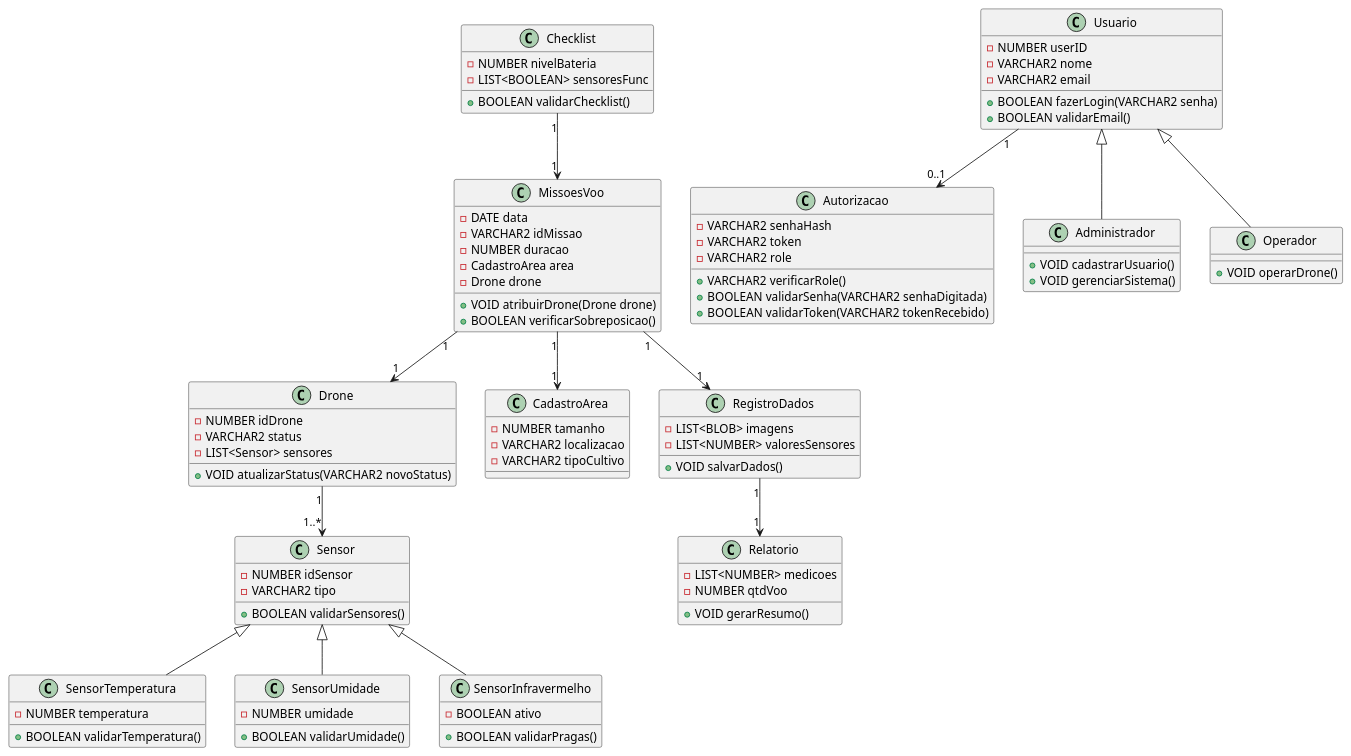
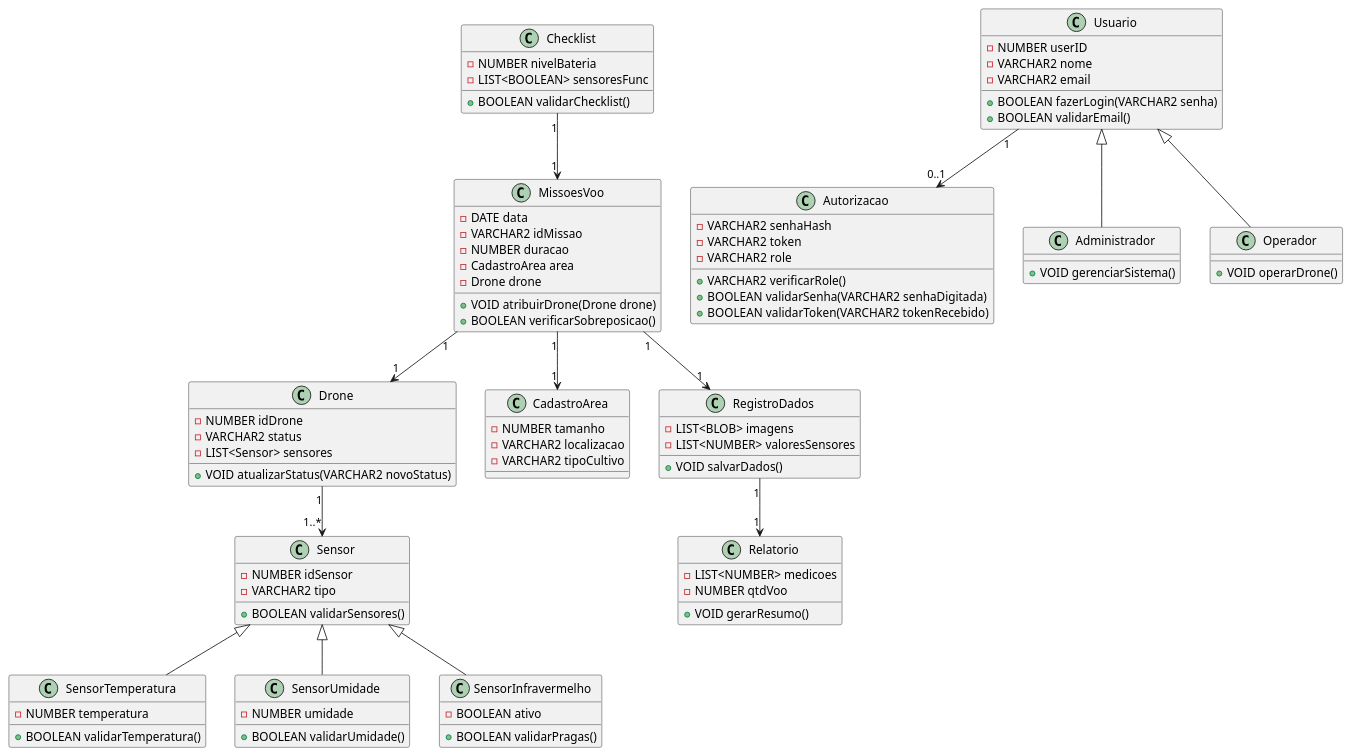
One commit to JoaoVitorMintz/Trabalho-de-Projeto-de-Software changed the diagram in docs/ClassDiagram.puml. Above: the diagram before and after it, drawn with PlantUML. The commit also changed 7 other files, not shown here.

Commit message:
Update no menu principal, poucas funcionalidades a serem implementadas, TODO: Refatorar Diagrama de Classes pois alterei um pouco as funções do administrador e completar as funcionalidades no menu.

```diff
--- a/docs/ClassDiagram.puml
+++ b/docs/ClassDiagram.puml
@@ -1,115 +1,114 @@
 @startuml ClassDiagram
 ' =============================
 ' Classes de Sensores
 ' =============================
 class Sensor {
   - NUMBER idSensor
   - VARCHAR2 tipo
   + BOOLEAN validarSensores()
 }
 
 class SensorTemperatura {
   - NUMBER temperatura
   + BOOLEAN validarTemperatura()
 }
 
 class SensorUmidade {
   - NUMBER umidade
   + BOOLEAN validarUmidade()
 }
 
 class SensorInfravermelho {
   - BOOLEAN ativo
   + BOOLEAN validarPragas()
 }
 
 Sensor <|-- SensorTemperatura
 Sensor <|-- SensorUmidade
 Sensor <|-- SensorInfravermelho
 
 ' =============================
 ' Classes de Drones e Missões
 ' =============================
 class Drone {
   - NUMBER idDrone
   - VARCHAR2 status
   - LIST<Sensor> sensores
   + VOID atualizarStatus(VARCHAR2 novoStatus)
 }
 
 class MissoesVoo {
   - DATE data
   - VARCHAR2 idMissao
   - NUMBER duracao
   - CadastroArea area
   - Drone drone
   + VOID atribuirDrone(Drone drone)
   + BOOLEAN verificarSobreposicao()
 }
 
 class CadastroArea {
   - NUMBER tamanho
   - VARCHAR2 localizacao
   - VARCHAR2 tipoCultivo
 }
 
 class RegistroDados {
   - LIST<BLOB> imagens
   - LIST<NUMBER> valoresSensores
   + VOID salvarDados()
 }
 
 class Relatorio {
   - LIST<NUMBER> medicoes
   - NUMBER qtdVoo
   + VOID gerarResumo()
 }
 
 Drone "1" --> "1..*" Sensor
 MissoesVoo "1" --> "1" Drone
 MissoesVoo "1" --> "1" CadastroArea
 MissoesVoo "1" --> "1" RegistroDados
 RegistroDados "1" --> "1" Relatorio
 
 ' =============================
 ' Outras Classes
 ' =============================
 class Autorizacao {
   - VARCHAR2 senhaHash
   - VARCHAR2 token
   - VARCHAR2 role
   + VARCHAR2 verificarRole()
   + BOOLEAN validarSenha(VARCHAR2 senhaDigitada)
   + BOOLEAN validarToken(VARCHAR2 tokenRecebido)
 }
 
 class Checklist {
   - NUMBER nivelBateria
   - LIST<BOOLEAN> sensoresFunc
   + BOOLEAN validarChecklist()
 }
 
 Checklist "1" --> "1" MissoesVoo
 
 class Usuario {
   - NUMBER userID
   - VARCHAR2 nome
   - VARCHAR2 email
   + BOOLEAN fazerLogin(VARCHAR2 senha)
   + BOOLEAN validarEmail()
 }
 
 class Administrador {
-  + VOID cadastrarUsuario()
   + VOID gerenciarSistema()
 }
 
 class Operador {
   + VOID operarDrone()
 }
 
 Usuario <|-- Administrador
 Usuario <|-- Operador
 Usuario "1" --> "0..1" Autorizacao
 
 @enduml
```
